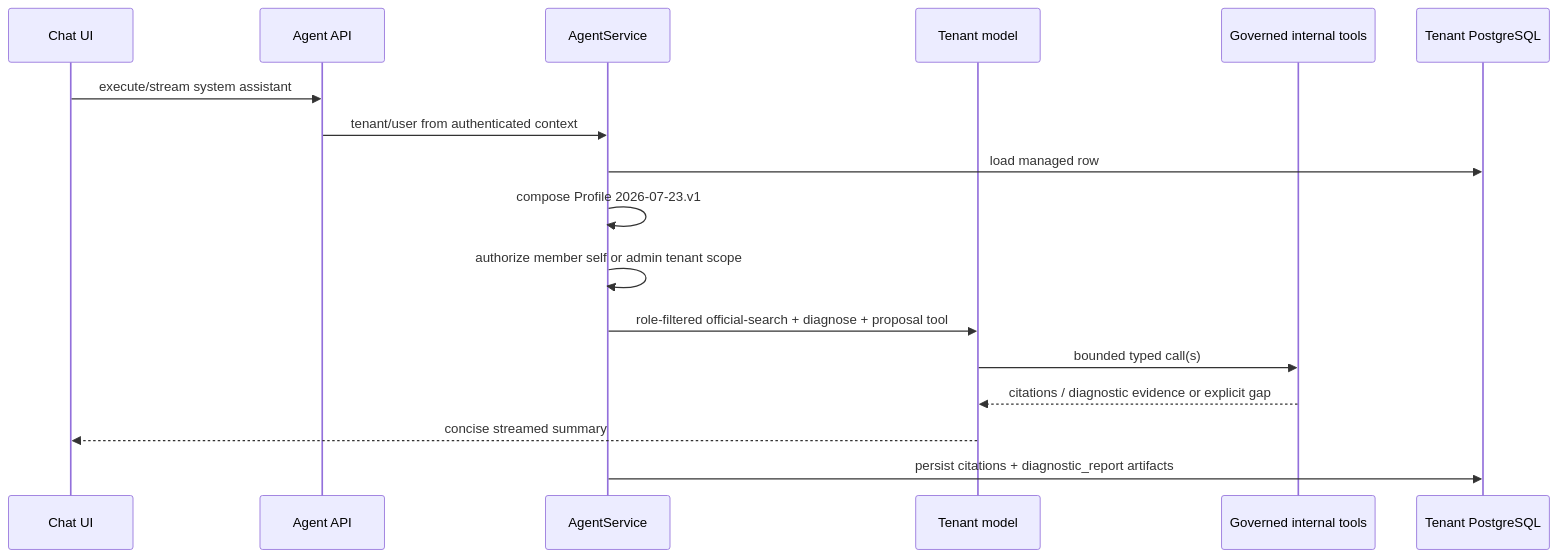
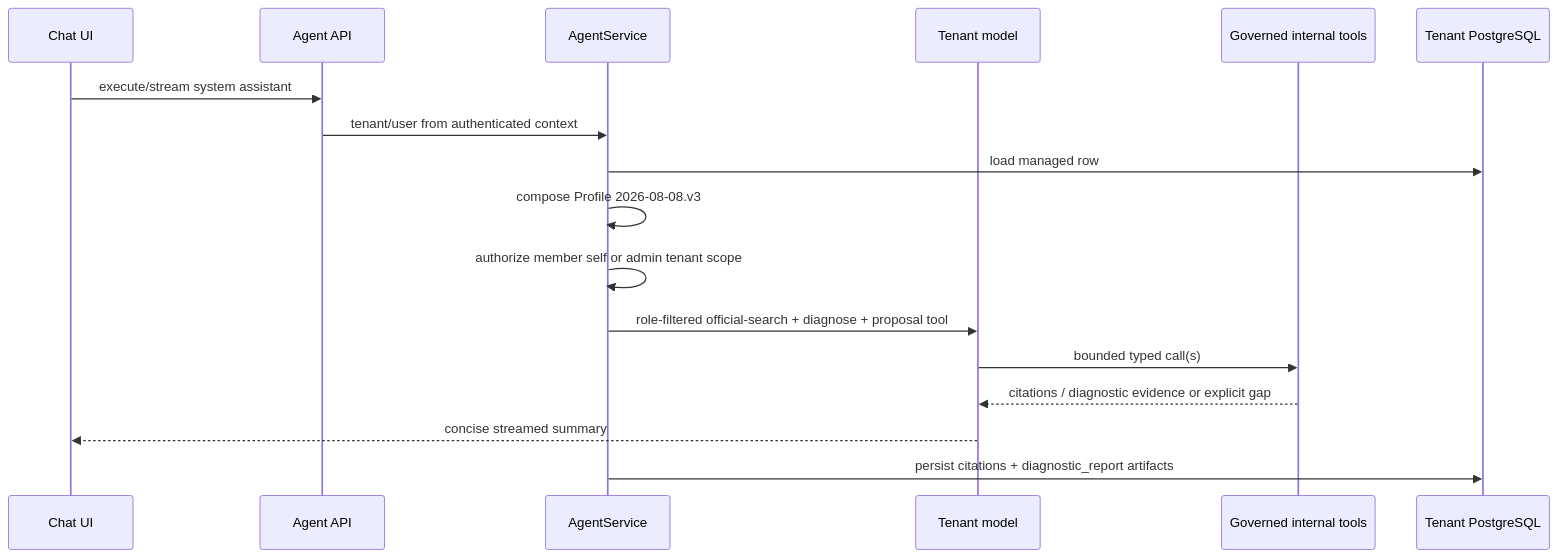
One commit to ArchChuan/Stratum changed the first of 4 diagrams in docs/agent/agent-chat-flow.md. Above: the diagram before and after it, drawn with Mermaid. The commit also changed other lines of this file and 9 other files, not shown here.

````diff
--- a/docs/agent/agent-chat-flow.md
+++ b/docs/agent/agent-chat-flow.md
@@ -13,19 +13,19 @@
 ```mermaid
 sequenceDiagram
     participant UI as Chat UI
     participant API as Agent API
     participant Service as AgentService
     participant LLM as Tenant model
     participant Tools as Governed internal tools
     participant DB as Tenant PostgreSQL
     UI->>API: execute/stream system assistant
     API->>Service: tenant/user from authenticated context
     Service->>DB: load managed row
-    Service->>Service: compose Profile 2026-07-23.v1
+    Service->>Service: compose Profile 2026-08-08.v3
     Service->>Service: authorize member self or admin tenant scope
     Service->>LLM: role-filtered official-search + diagnose + proposal tool
     LLM->>Tools: bounded typed call(s)
     Tools-->>LLM: citations / diagnostic evidence or explicit gap
     LLM-->>UI: concise streamed summary
     Service->>DB: persist citations + diagnostic_report artifacts
 ```
````
